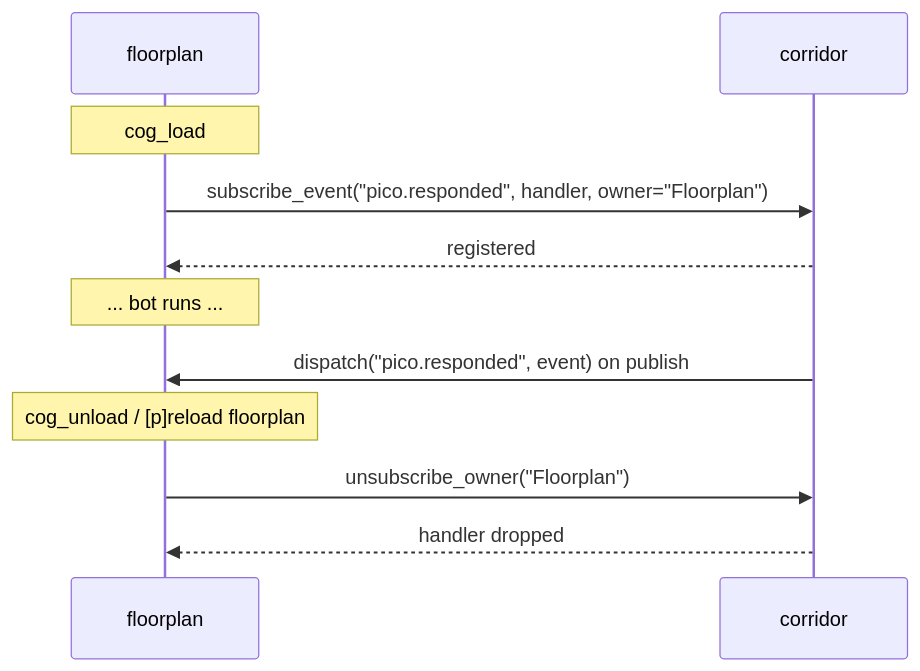
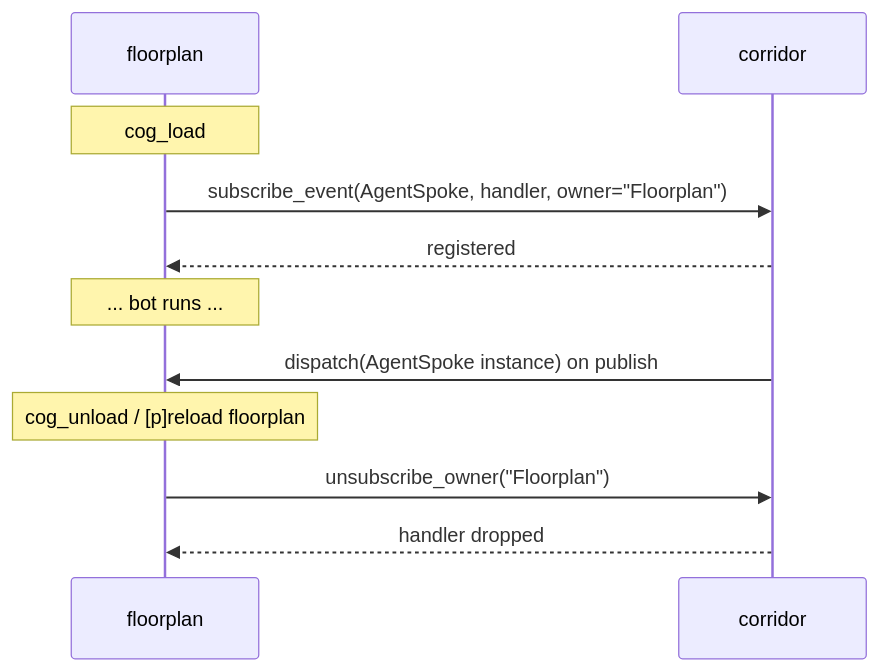
Before and after one commit to pixel-agents-hq/pixel-agents-cogs: the third of 4 diagrams in docs/corridor-pubsub-design.md, drawn with Mermaid. The commit also changed other lines of this file, not shown here.

First line of the commit message:
docs: rework pubsub domain model as a closed set of agent dataclasses

````diff
--- a/docs/corridor-pubsub-design.md
+++ b/docs/corridor-pubsub-design.md
@@ -190,16 +252,16 @@
 ```mermaid
 sequenceDiagram
     participant FP as floorplan
     participant C as corridor
 
     Note over FP: cog_load
-    FP->>C: subscribe_event("pico.responded", handler, owner="Floorplan")
+    FP->>C: subscribe_event(AgentSpoke, handler, owner="Floorplan")
     C-->>FP: registered
 
     Note over FP: ... bot runs ...
-    C->>FP: dispatch("pico.responded", event) on publish
+    C->>FP: dispatch(AgentSpoke instance) on publish
 
     Note over FP: cog_unload / [p]reload floorplan
     FP->>C: unsubscribe_owner("Floorplan")
     C-->>FP: handler dropped
 ```
````
